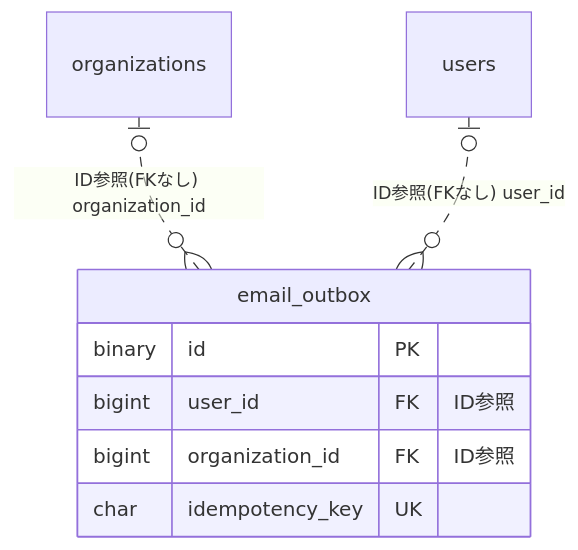
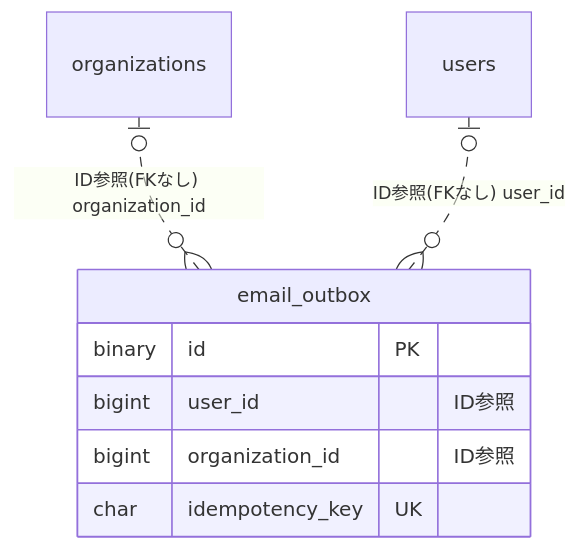
Before and after one commit to kenta-0420/mannschaft: the diagram in docs/architecture/er/mail.md, drawn with Mermaid. The commit also changed other lines of this file and 115 other files, not shown here.

Commit message:
改善: ER図のFKマーカーを実FKのみに限定し、被参照の逆引き節とREADME凡例を追加 (PR #4268)

````diff
--- a/docs/architecture/er/mail.md
+++ b/docs/architecture/er/mail.md
@@ -12,13 +12,13 @@
 ```mermaid
 erDiagram
     email_outbox {
         binary id PK
-        bigint user_id FK "ID参照"
-        bigint organization_id FK "ID参照"
+        bigint user_id "ID参照"
+        bigint organization_id "ID参照"
         char idempotency_key UK
     }
     organizations
     users
     organizations |o..o{ email_outbox : "ID参照(FKなし) organization_id"
     users |o..o{ email_outbox : "ID参照(FKなし) user_id"
 ```
````
